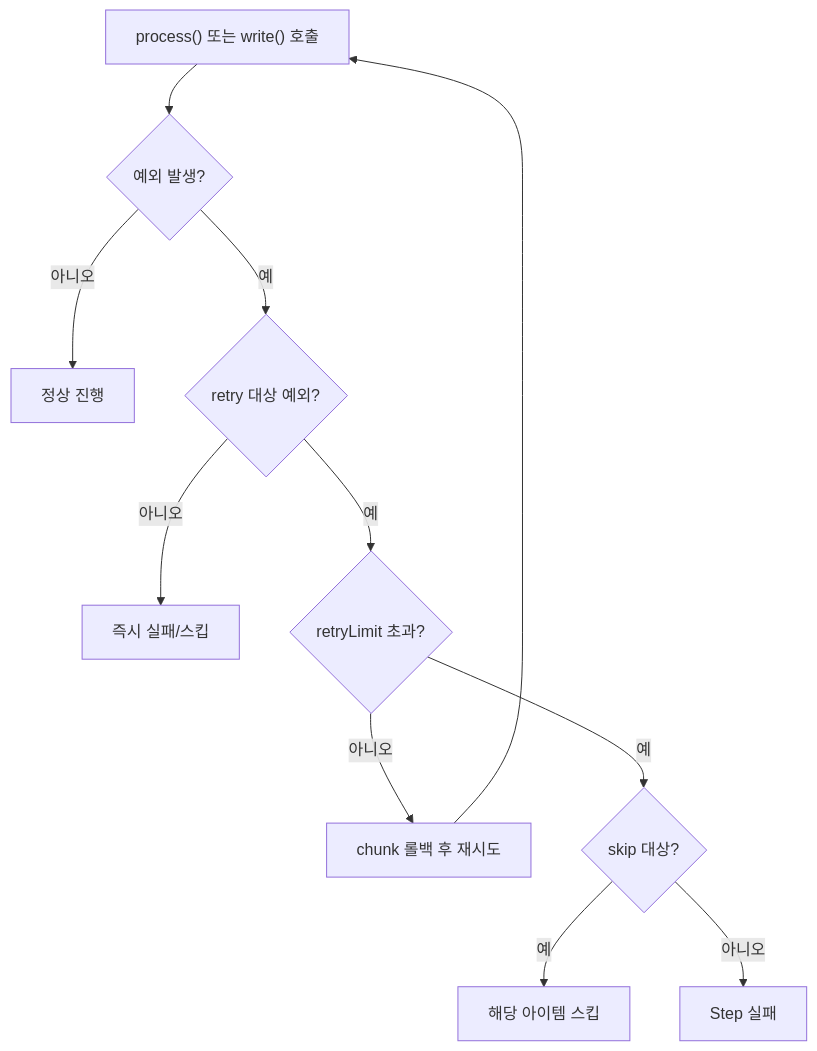
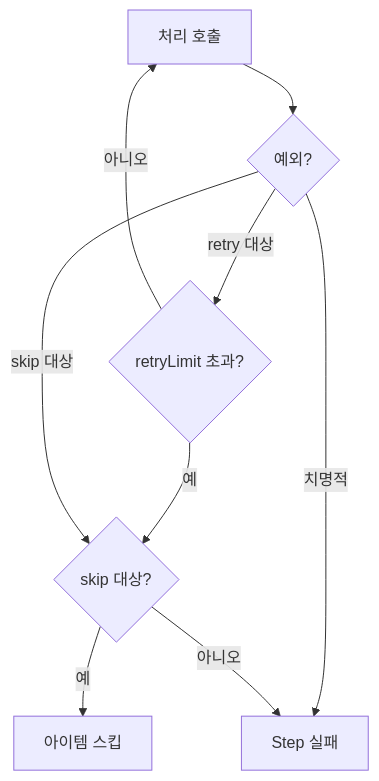
One commit to yjkim2015/yjkim2015.github.io changed the fourth of 6 diagrams in _posts/batch/2026-05-03-spring-batch-chunk-processing.md. Above: the diagram before and after it, drawn with Mermaid. The commit also changed other lines of this file and 215 other files, not shown here.

First line of the commit message:
신규 포스트 10개 추가 + Mermaid 전면 축소 + SystemDesign 시리즈 보강

````diff
--- a/_posts/batch/2026-05-03-spring-batch-chunk-processing.md
+++ b/_posts/batch/2026-05-03-spring-batch-chunk-processing.md
@@ -308,13 +299,11 @@
 ```mermaid
 flowchart TD
-    A["process() 또는 write() 호출"] --> B{"예외 발생?"}
-    B -->|"아니오"| C["정상 진행"]
-    B -->|"예"| D{"retry 대상 예외?"}
-    D -->|"아니오"| E["즉시 실패/스킵"]
-    D -->|"예"| F{"retryLimit 초과?"}
-    F -->|"아니오"| G["chunk 롤백 후 재시도"]
-    G --> A
+    A["처리 호출"] --> B{"예외?"}
+    B -->|"retry 대상"| F{"retryLimit 초과?"}
+    F -->|"아니오"| A
     F -->|"예"| H{"skip 대상?"}
-    H -->|"예"| I["해당 아이템 스킵"]
-    H -->|"아니오"| J["Step 실패"]
+    B -->|"skip 대상"| H
+    B -->|"치명적"| J["Step 실패"]
+    H -->|"예"| I["아이템 스킵"]
+    H -->|"아니오"| J
 ```
````
